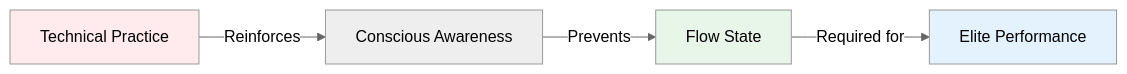
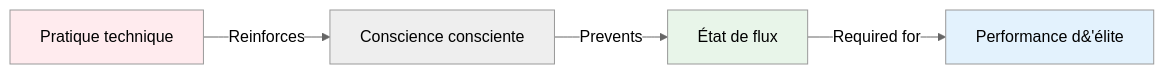
One commit to patwii/petanque-academy changed the diagram in docs/fr/articles/mental-vs-technical.md. Above: the diagram before and after it, drawn with Mermaid (neutral theme). The commit also changed other lines of this file and 550 other files, not shown here.

````diff
--- a/docs/fr/articles/mental-vs-technical.md
+++ b/docs/fr/articles/mental-vs-technical.md
@@ -48,10 +48,10 @@
 ```mermaid
 graph LR
-    A[Technical Practice] -->|Reinforces| B[Conscious Awareness]
-    B -->|Prevents| C[Flow State]
-    C -->|Required for| D[Elite Performance]
+    A[Pratique technique] -->|Reinforces| B[Conscience consciente]
+    B -->|Prevents| C[État de flux]
+    C -->|Required for| D[Performance d&#39;élite]
     
     style A fill:#ffebee
     style C fill:#e8f5e9
     style D fill:#e3f2fd
 ```
````
